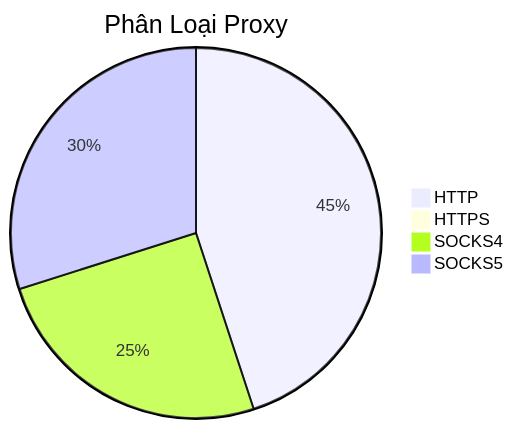
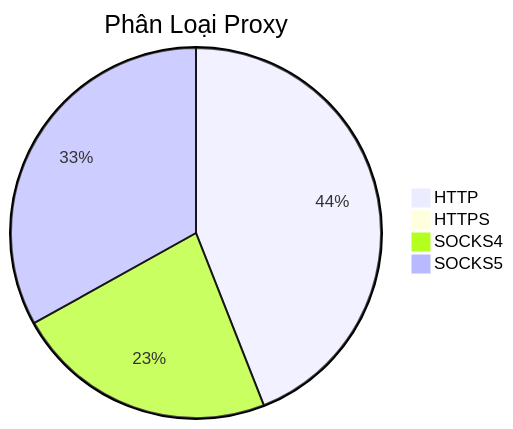
The diagram in README.md (Ciara-12/PROXY-free), drawn with Mermaid before and after one commit. The commit also changed other lines of this file and 4 other files, not shown here.

````diff
--- a/README.md
+++ b/README.md
@@ -26,7 +26,7 @@
 ```mermaid
 pie title Phân Loại Proxy
     "HTTP" : 531
     "HTTPS" : 2
-    "SOCKS4" : 297
-    "SOCKS5" : 353
+    "SOCKS4" : 276
+    "SOCKS5" : 399
 ```
````
